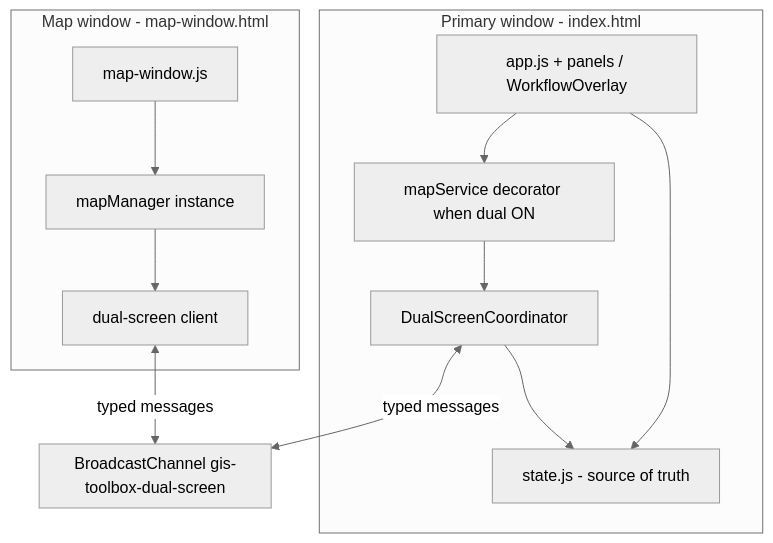
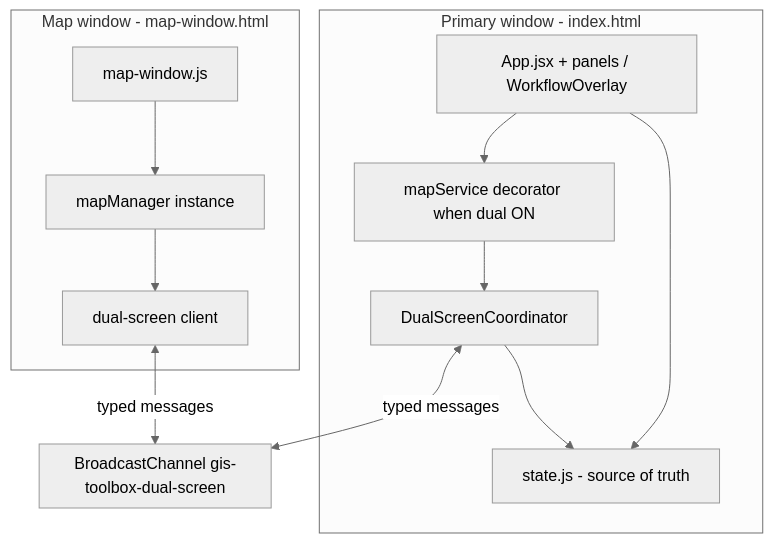
The diagram in docs/DUAL_SCREEN_MODE.md (R2-Repo/staging-GIS-toolbox), drawn with Mermaid (neutral theme) before and after one commit. The commit also changed other lines of this file and 36 other files, not shown here.

````diff
--- a/docs/DUAL_SCREEN_MODE.md
+++ b/docs/DUAL_SCREEN_MODE.md
@@ -91,24 +91,24 @@
 ```mermaid
 flowchart TB
   subgraph primary [Primary window - index.html]
-    App[app.js + panels / WorkflowOverlay]
+    App[App.jsx + panels / WorkflowOverlay]
     State[state.js - source of truth]
     Coord[DualScreenCoordinator]
     Decorator[mapService decorator when dual ON]
     App --> State
     App --> Decorator
     Decorator --> Coord
     Coord --> State
   end
   subgraph sync [BroadcastChannel gis-toolbox-dual-screen]
   end
   subgraph secondary [Map window - map-window.html]
     MapBoot[map-window.js]
     MM[mapManager instance]
     Client[dual-screen client]
     MapBoot --> MM
     MM --> Client
   end
   Coord <-->|typed messages| sync
   Client <-->|typed messages| sync
 ```
````
